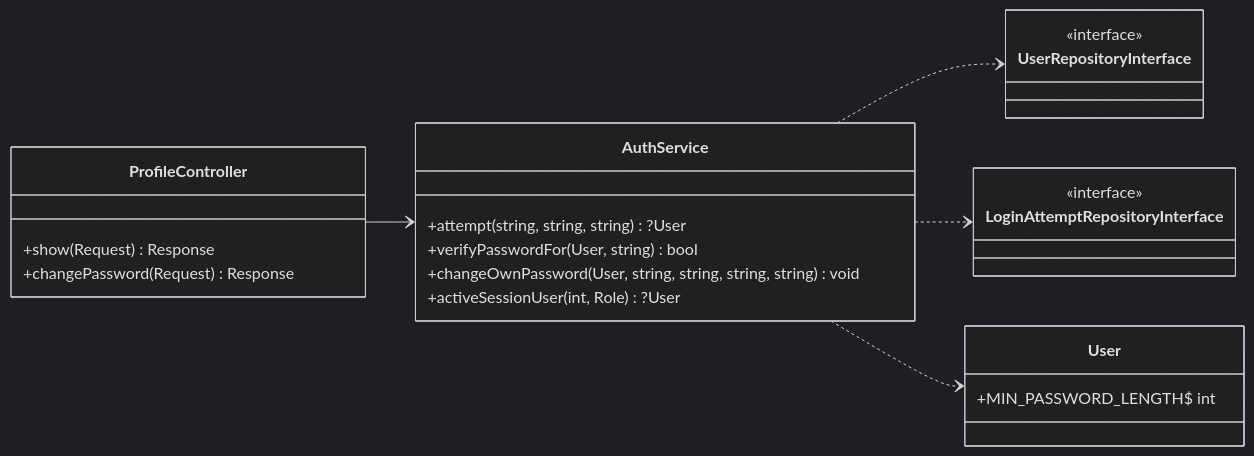
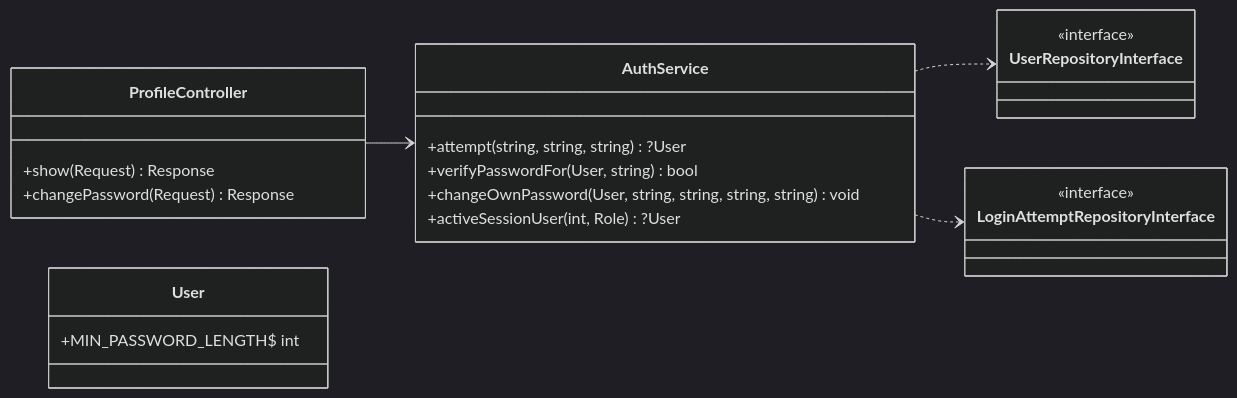
Before and after one commit to WillyMocha/inventory-order-management-system: the fourth of 4 diagrams in docs/architecture/class-diagram-as-built.md, drawn with Mermaid (dark theme). The commit also changed other lines of this file and 20 other files, not shown here.

Commit message:
docs: align contracts, data model, diagrams and evidence with the code

````diff
--- a/docs/architecture/class-diagram-as-built.md
+++ b/docs/architecture/class-diagram-as-built.md
@@ -366,29 +371,28 @@
 ```mermaid
 classDiagram
     direction LR
 
     class ProfileController {
         +show(Request) Response
         +changePassword(Request) Response
     }
     class AuthService {
         +attempt(string, string, string) ?User
         +verifyPasswordFor(User, string) bool
         +changeOwnPassword(User, string, string, string, string) void
         +activeSessionUser(int, Role) ?User
     }
     class UserRepositoryInterface {
         <<interface>>
     }
     class LoginAttemptRepositoryInterface {
         <<interface>>
     }
     class User {
         +MIN_PASSWORD_LENGTH$ int
     }
 
     ProfileController --> AuthService
     AuthService ..> UserRepositoryInterface
     AuthService ..> LoginAttemptRepositoryInterface
-    AuthService ..> User
 ```
````
